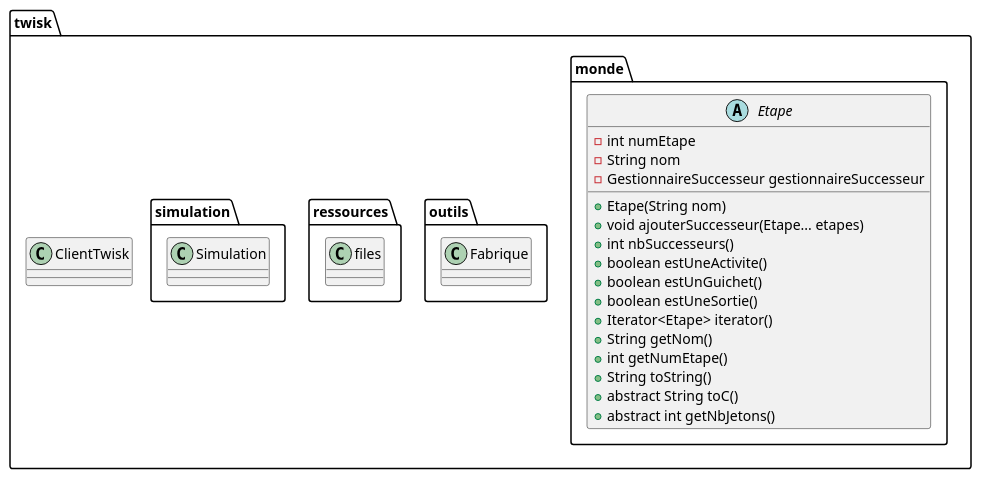
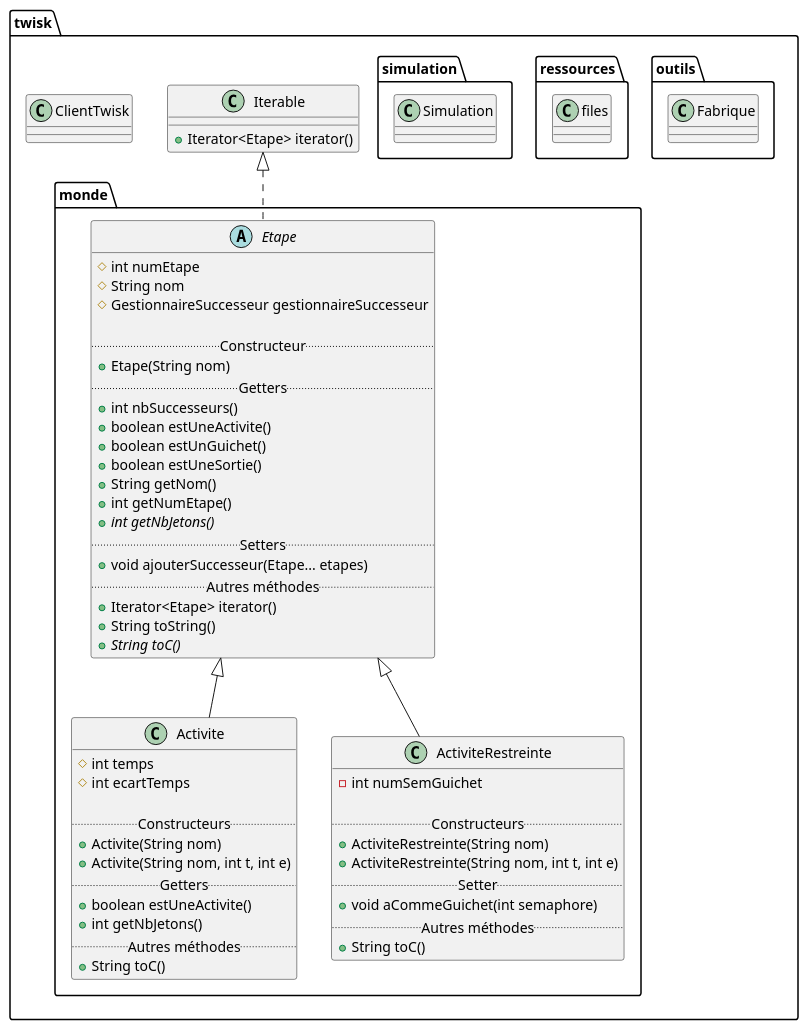
Before and after one commit to victord54/twisk: the diagram in src/twisk/diagram.puml, drawn with PlantUML. The commit also changed 2 other files, not shown here.

Commit message:
Diagramme de classes en cours de complétion.

```diff
--- a/src/twisk/diagram.puml
+++ b/src/twisk/diagram.puml
@@ -1,41 +1,79 @@
 @startuml
 package twisk {
-  package monde {
-    abstract class Etape {
-      - int numEtape
-      - String nom
-      - GestionnaireSuccesseur gestionnaireSuccesseur
+    package monde {
+        abstract class Etape {
+            # int numEtape
+            # String nom
+            # GestionnaireSuccesseur gestionnaireSuccesseur
 
-      + Etape(String nom)
-      + void ajouterSuccesseur(Etape... etapes)
-      + int nbSuccesseurs()
-      + boolean estUneActivite()
-      + boolean estUnGuichet()
-      + boolean estUneSortie()
-      + Iterator<Etape> iterator()
-      + String getNom()
-      + int getNumEtape()
-      + String toString()
-      + abstract String toC()
-      + abstract int getNbJetons()
+            .. Constructeur ..
+            + Etape(String nom)
+            .. Getters ..
+            + int nbSuccesseurs()
+            + boolean estUneActivite()
+            + boolean estUnGuichet()
+            + boolean estUneSortie()
+            + String getNom()
+            + int getNumEtape()
+            + {abstract} int getNbJetons()
+            .. Setters ..
+            + void ajouterSuccesseur(Etape... etapes)
+            .. Autres méthodes ..
+            + Iterator<Etape> iterator()
+            + String toString()
+            + {abstract} String toC()
+        }
+
+        class Activite {
+            # int temps
+            # int ecartTemps
+
+            .. Constructeurs ..
+            + Activite(String nom)
+            + Activite(String nom, int t, int e)
+            .. Getters ..
+            + boolean estUneActivite()
+            + int getNbJetons()
+            .. Autres méthodes ..
+            + String toC()
+        }
+
+        class ActiviteRestreinte {
+            - int numSemGuichet
+
+            .. Constructeurs ..
+            + ActiviteRestreinte(String nom)
+            + ActiviteRestreinte(String nom, int t, int e)
+            .. Setter ..
+            + void aCommeGuichet(int semaphore)
+            .. Autres méthodes ..
+            + String toC()
+        }
     }
-  }
 
-  package outils {
-    class Fabrique {
+    package outils {
+        class Fabrique {
+        }
     }
-  }
 
-  package ressources {
-  class files
-  }
+    package ressources {
+        class files
+        }
 
-  package simulation {
-    class Simulation {
+    package simulation {
+        class Simulation {
+        }
     }
-  }
 
-  class ClientTwisk {
-  }
+    class ClientTwisk {
+    }
+
+    class Iterable {
+    + Iterator<Etape> iterator()
+    }
 }
+
+Etape .up.|> Iterable
+Activite -up-|> Etape
+ActiviteRestreinte -up-|> Etape
 @enduml
```
